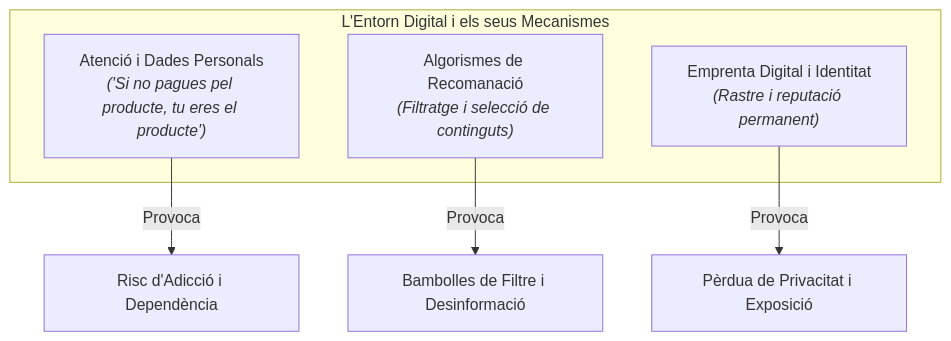
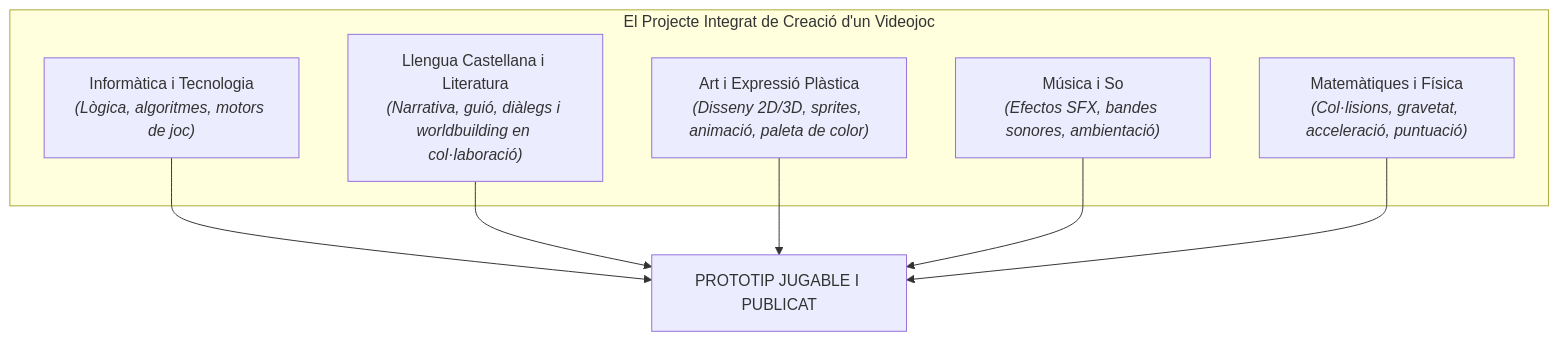
The first of 6 diagrams in Tema 0 - Introducció/introduccion_val.md (joclipe/4-ESO), drawn with Mermaid before and after one commit. The commit also changed other lines of this file and 1 other file, not shown here.

````diff
--- a/Tema 0 - Introducció/introduccion_val.md
+++ b/Tema 0 - Introducció/introduccion_val.md
@@ -96,12 +57,12 @@
 ```mermaid
 graph TD
-    subgraph EL_ENTORNO_DIGITAL["L'Entorn Digital i els seus Mecanismes"]
-        N1["Atenció i Dades Personals<br/><i>('Si no pagues pel producte, tu eres el producte')</i>"]
-        N2["Algorismes de Recomanació<br/><i>(Filtratge i selecció de continguts)</i>"]
-        N3["Emprenta Digital i Identitat<br/><i>(Rastre i reputació permanent)</i>"]
+    subgraph CREACIÓ_VIDEOJOC["El Projecte Integrat de Creació d'un Videojoc"]
+        A1["Informàtica i Tecnologia<br/><i>(Lògica, algoritmes, motors de joc)</i>"]
+        A2["Llengua Castellana i Literatura<br/><i>(Narrativa, guió, diàlegs i worldbuilding en col·laboració)</i>"]
+        A3["Art i Expressió Plàstica<br/><i>(Disseny 2D/3D, sprites, animació, paleta de color)</i>"]
+        A4["Música i So<br/><i>(Efectos SFX, bandes sonores, ambientació)</i>"]
+        A5["Matemàtiques i Física<br/><i>(Col·lisions, gravetat, acceleració, puntuació)</i>"]
     end
 
-    N1 -->|Provoca| CON1["Risc d'Adicció i Dependència"]
-    N2 -->|Provoca| CON2["Bambolles de Filtre i Desinformació"]
-    N3 -->|Provoca| CON3["Pèrdua de Privacitat i Exposició"]
+    A1 & A2 & A3 & A4 & A5 --> PROTOTIP["PROTOTIP JUGABLE I PUBLICAT"]
 ```
````
